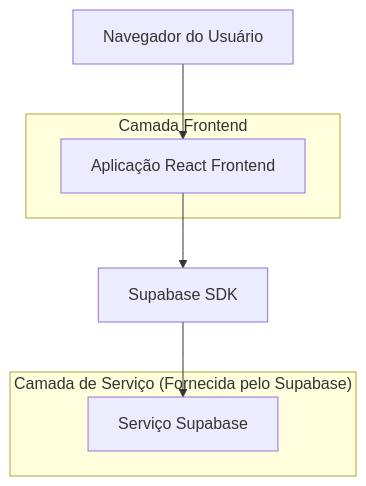
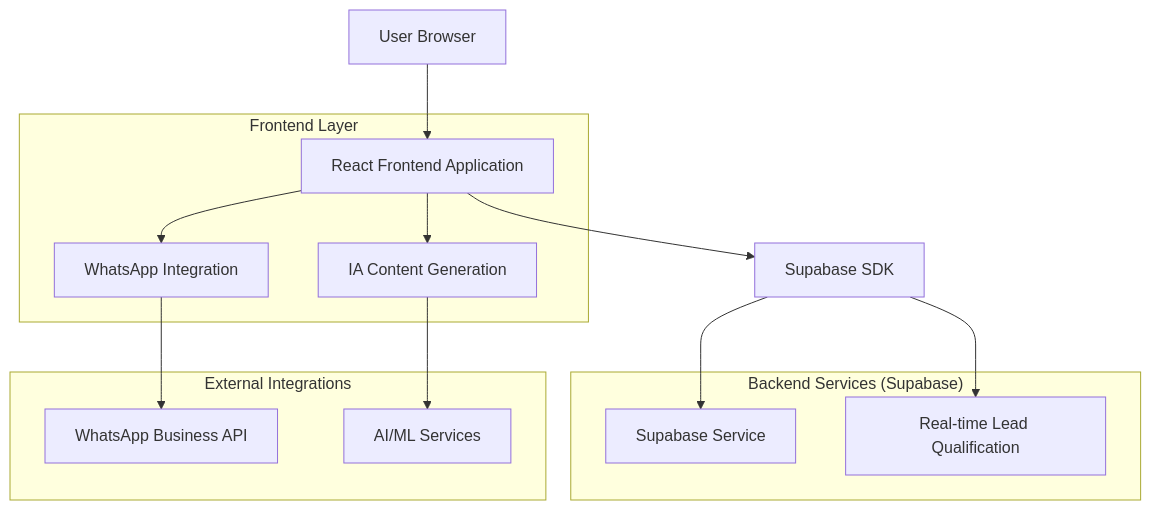
The first of 2 diagrams in .trae/documents/arquitetura_tecnica_agencia_modelo.md (julio7528/modelomkt2), drawn with Mermaid before and after one commit. The commit also changed other lines of this file and 25 other files, not shown here.

````diff
--- a/.trae/documents/arquitetura_tecnica_agencia_modelo.md
+++ b/.trae/documents/arquitetura_tecnica_agencia_modelo.md
@@ -5,14 +5,28 @@
 ```mermaid
-graph TD
-    A[Navegador do Usuário] --> B[Aplicação React Frontend]
+  graph TD
+    A[User Browser] --> B[React Frontend Application]
     B --> C[Supabase SDK]
-    C --> D[Serviço Supabase]
-    
-    subgraph "Camada Frontend"
+    C --> D[Supabase Service]
+    B --> E[WhatsApp Integration]
+    B --> F[IA Content Generation]
+    C --> G[Real-time Lead Qualification]
+
+    subgraph "Frontend Layer"
         B
+        E
+        F
     end
-    
-    subgraph "Camada de Serviço (Fornecida pelo Supabase)"
+
+    subgraph "Backend Services (Supabase)"
         D
+        G
     end
+
+    subgraph "External Integrations"
+        H[WhatsApp Business API]
+        I[AI/ML Services]
+    end
+
+    E --> H
+    F --> I
 ```
````
